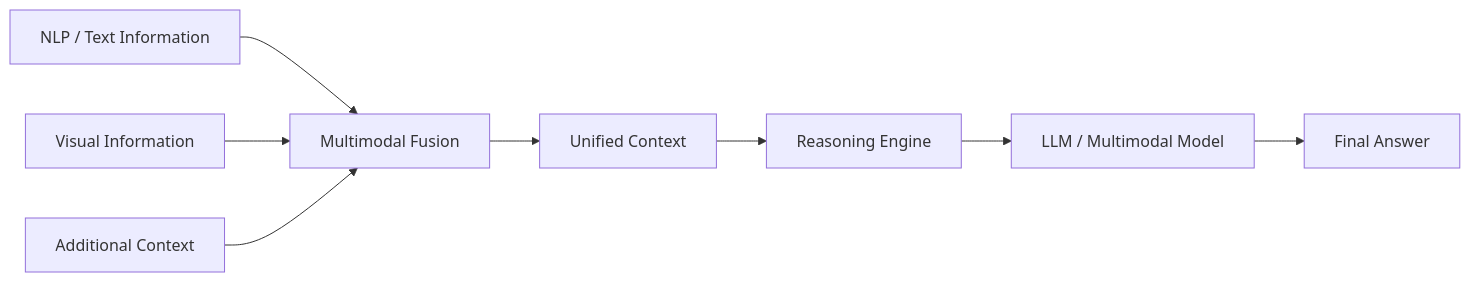
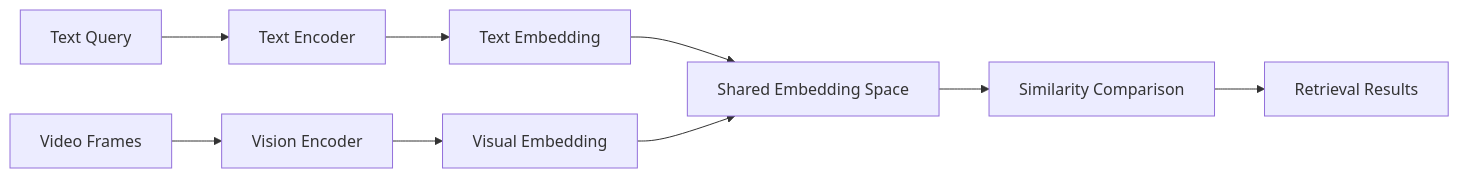
Before and after one commit to HoaiPhuoc-03/HoaiPhuoc-03: the second of 4 diagrams in README.md, drawn with Mermaid. The commit also changed other lines of this file, not shown here.

````diff
--- a/README.md
+++ b/README.md
@@ -361,17 +356,19 @@
 ```mermaid
 flowchart LR
 
-A[NLP / Text Information] --> D[Multimodal Fusion]
+A[Text Query] --> C[Text Encoder]
 
-B[Visual Information] --> D
+B[Video Frames] --> D[Vision Encoder]
 
-C[Additional Context] --> D
+C --> E[Text Embedding]
 
-D --> E[Unified Context]
+D --> F[Visual Embedding]
 
-E --> F[Reasoning Engine]
+E --> G[Shared Embedding Space]
 
-F --> G[LLM / Multimodal Model]
+F --> G
 
-G --> H[Final Answer]
+G --> H[Similarity Comparison]
+
+H --> I[Retrieval Results]
 ```
````
